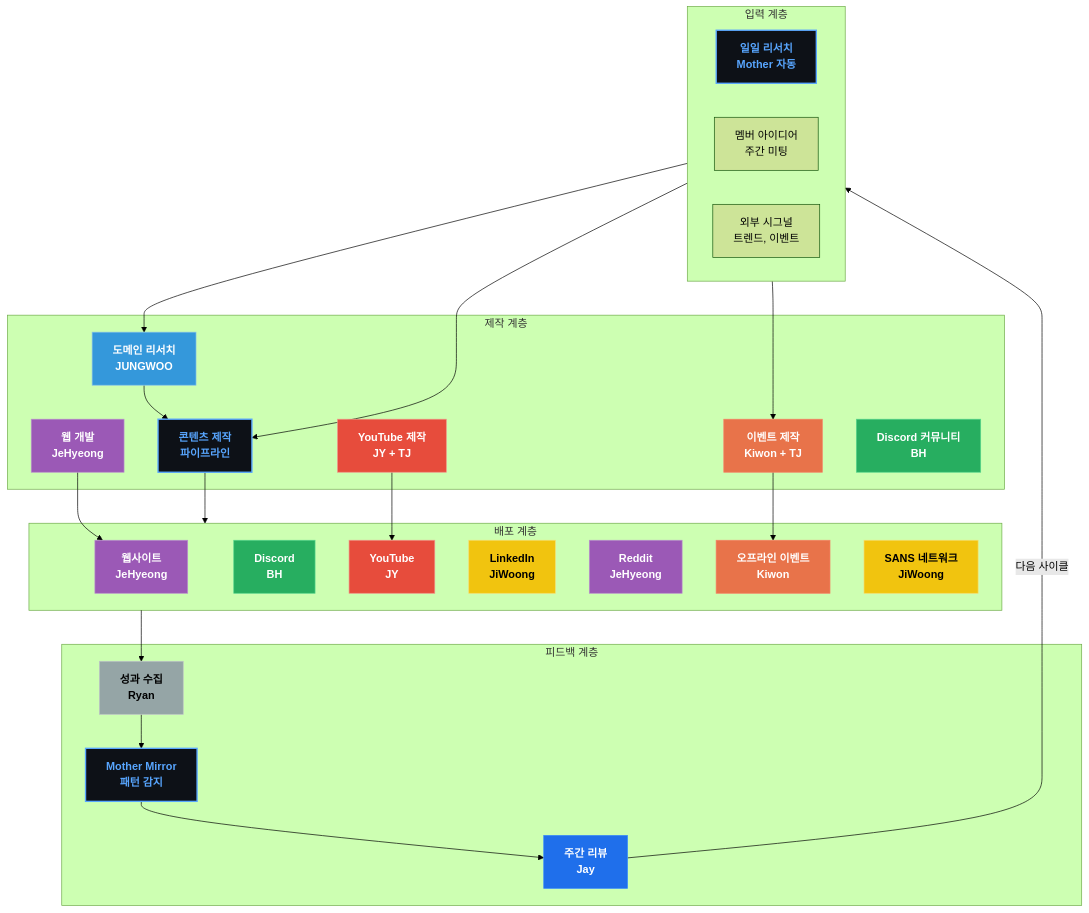
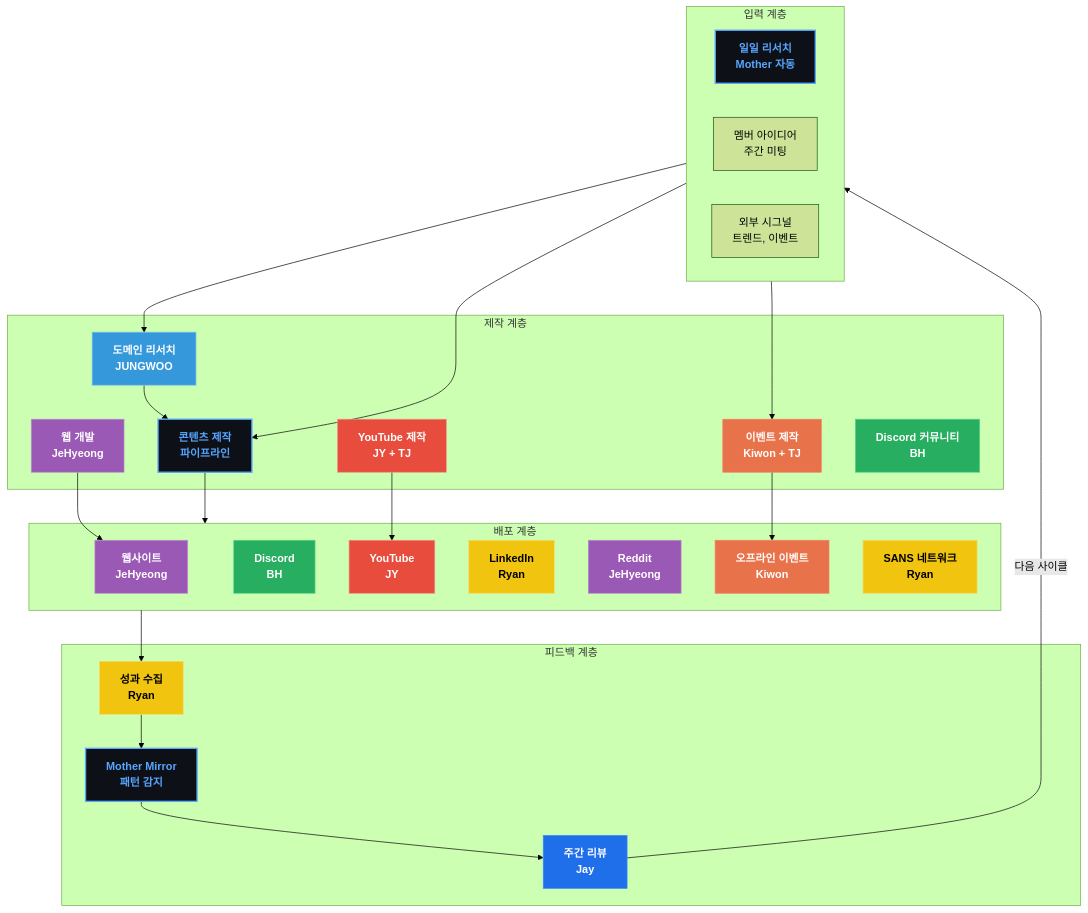
Before and after one commit to JeHyeong2/hypeprooflab: the diagram in products/hypeproof-workflow-diagrams/d1-color.mmd, drawn with Mermaid (forest theme). The commit also changed 35 other files, not shown here.

First line of the commit message:
fix: merge JiWoong→Ryan, add Academy pipeline, 8 members

```diff
--- a/products/hypeproof-workflow-diagrams/d1-color.mmd
+++ b/products/hypeproof-workflow-diagrams/d1-color.mmd
@@ -1,66 +1,64 @@
 flowchart TB
     subgraph INPUT["입력 계층"]
         R["일일 리서치<br/>Mother 자동"]
         MI["멤버 아이디어<br/>주간 미팅"]
         EXT["외부 시그널<br/>트렌드, 이벤트"]
     end
 
     subgraph PRODUCE["제작 계층"]
         CP["콘텐츠 제작<br/>파이프라인"]
         EP["이벤트 제작<br/>Kiwon + TJ"]
         WD["웹 개발<br/>JeHyeong"]
         YT["YouTube 제작<br/>JY + TJ"]
         DC["Discord 커뮤니티<br/>BH"]
         DR["도메인 리서치<br/>JUNGWOO"]
     end
 
     subgraph DISTRIBUTE["배포 계층"]
         WEB["웹사이트<br/>JeHyeong"]
         DIS["Discord<br/>BH"]
         YTC["YouTube<br/>JY"]
-        LI["LinkedIn<br/>JiWoong"]
+        LI["LinkedIn<br/>Ryan"]
         RD["Reddit<br/>JeHyeong"]
         OFL["오프라인 이벤트<br/>Kiwon"]
-        SANS_N["SANS 네트워크<br/>JiWoong"]
+        SANS_N["SANS 네트워크<br/>Ryan"]
     end
 
     subgraph FEEDBACK["피드백 계층"]
         MET["성과 수집<br/>Ryan"]
         MIR["Mother Mirror<br/>패턴 감지"]
         REV["주간 리뷰<br/>Jay"]
     end
 
     INPUT --> CP
     INPUT --> EP
     INPUT --> DR
     CP --> DISTRIBUTE
     EP --> OFL
     WD --> WEB
     YT --> YTC
     DR --> CP
 
     DISTRIBUTE --> MET
     MET --> MIR
     MIR --> REV
     REV -->|"다음 사이클"| INPUT
 
     classDef jay fill:#1f6feb,stroke:#388bfd,color:#fff,font-weight:bold
     classDef kiwon fill:#e8734a,stroke:#f78166,color:#fff,font-weight:bold
-    classDef jiwoong fill:#f1c40f,stroke:#f7dc6f,color:#000,font-weight:bold
+    classDef ryan fill:#f1c40f,stroke:#f7dc6f,color:#000,font-weight:bold
     classDef jy fill:#e74c3c,stroke:#f1948a,color:#fff,font-weight:bold
     classDef tj fill:#8b4513,stroke:#cd853f,color:#fff,font-weight:bold
     classDef jehyeong fill:#9b59b6,stroke:#bb8fce,color:#fff,font-weight:bold
     classDef bh fill:#27ae60,stroke:#58d68d,color:#fff,font-weight:bold
     classDef jungwoo fill:#3498db,stroke:#85c1e9,color:#fff,font-weight:bold
-    classDef ryan fill:#95a5a6,stroke:#bdc3c7,color:#000,font-weight:bold
     classDef mother fill:#0d1117,stroke:#58a6ff,color:#58a6ff,font-weight:bold,stroke-width:2px
 
     class REV jay
     class EP,OFL kiwon
-    class LI,SANS_N jiwoong
+    class LI,SANS_N,MET ryan
     class YT,YTC jy
     class DC,DIS bh
     class WD,WEB,RD jehyeong
     class DR jungwoo
-    class MET ryan
     class R,MIR,CP mother
```
